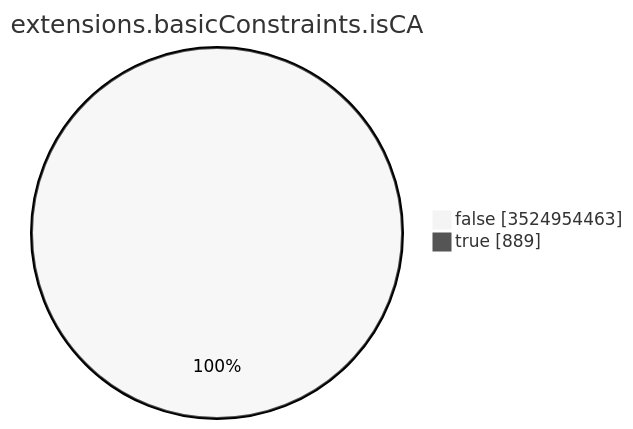
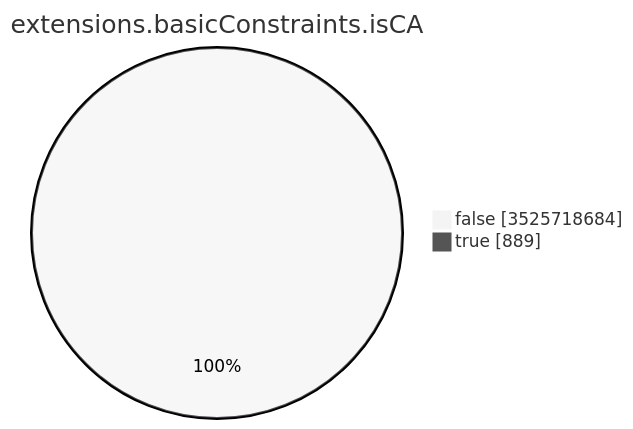
The seventh of 15 diagrams in TOTAL/README.md (christiankrug/ctmonitor_visualization), drawn with Mermaid (neutral theme) before and after one commit. The commit also changed other lines of this file, not shown here.

````diff
--- a/TOTAL/README.md
+++ b/TOTAL/README.md
@@ -3094,6 +3094,6 @@
 ```mermaid
 pie showData
 title extensions.basicConstraints.isCA
-"false" :3524954463
+"false" :3525718684
 "true" :889
 ```
````
